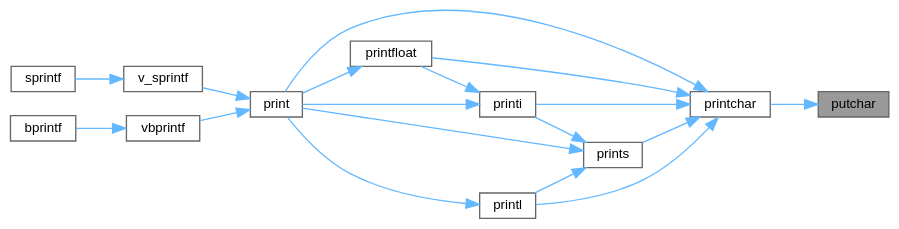
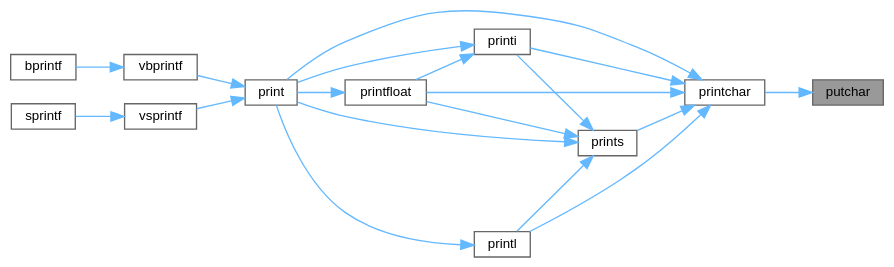
One commit to ebs-universe/piolib-printf changed the diagram in printf_8c_af4de2514b7778805db3815e8dd6cf09a_icgraph.dot. Above: the diagram before and after it, drawn with Graphviz. The commit also changed 131 other files, not shown here.

```diff
--- a/printf_8c_af4de2514b7778805db3815e8dd6cf09a_icgraph.dot
+++ b/printf_8c_af4de2514b7778805db3815e8dd6cf09a_icgraph.dot
@@ -1,37 +1,38 @@
 digraph "putchar"
 {
  // INTERACTIVE_SVG=YES
  // LATEX_PDF_SIZE
   bgcolor="transparent";
   edge [fontname=Helvetica,fontsize=10,labelfontname=Helvetica,labelfontsize=10];
   node [fontname=Helvetica,fontsize=10,shape=box,height=0.2,width=0.4];
   rankdir="RL";
   Node1 [id="Node000001",label="putchar",height=0.2,width=0.4,color="gray40", fillcolor="grey60", style="filled", fontcolor="black",tooltip=" "];
   Node1 -> Node2 [id="edge1_Node000001_Node000002",dir="back",color="steelblue1",style="solid",tooltip=" "];
   Node2 [id="Node000002",label="printchar",height=0.2,width=0.4,color="grey40", fillcolor="white", style="filled",URL="$printf_8c.html#a467a00da8c720b8dddc7088e2805291c",tooltip=" "];
   Node2 -> Node3 [id="edge2_Node000002_Node000003",dir="back",color="steelblue1",style="solid",tooltip=" "];
   Node3 [id="Node000003",label="print",height=0.2,width=0.4,color="grey40", fillcolor="white", style="filled",URL="$printf_8c.html#a5b328a8f32f082a641944307c97f9a34",tooltip=" "];
   Node3 -> Node4 [id="edge3_Node000003_Node000004",dir="back",color="steelblue1",style="solid",tooltip=" "];
-  Node4 [id="Node000004",label="v_sprintf",height=0.2,width=0.4,color="grey40", fillcolor="white", style="filled",URL="$printf_8h.html#a89206cd7a5ee84d4340e223078709043",tooltip=" "];
+  Node4 [id="Node000004",label="vbprintf",height=0.2,width=0.4,color="grey40", fillcolor="white", style="filled",URL="$printf_8h.html#a65fa2c2b1fdeb49ee1d35b47be733d17",tooltip=" "];
   Node4 -> Node5 [id="edge4_Node000004_Node000005",dir="back",color="steelblue1",style="solid",tooltip=" "];
-  Node5 [id="Node000005",label="sprintf",height=0.2,width=0.4,color="grey40", fillcolor="white", style="filled",URL="$printf_8h.html#a014f72d1eb635d44f4547d6153c9afd1",tooltip=" "];
+  Node5 [id="Node000005",label="bprintf",height=0.2,width=0.4,color="grey40", fillcolor="white", style="filled",URL="$printf_8h.html#a30e09ab10214b5e9b93f4c765f373649",tooltip=" "];
   Node3 -> Node6 [id="edge5_Node000003_Node000006",dir="back",color="steelblue1",style="solid",tooltip=" "];
-  Node6 [id="Node000006",label="vbprintf",height=0.2,width=0.4,color="grey40", fillcolor="white", style="filled",URL="$printf_8h.html#a65fa2c2b1fdeb49ee1d35b47be733d17",tooltip=" "];
+  Node6 [id="Node000006",label="vsprintf",height=0.2,width=0.4,color="grey40", fillcolor="white", style="filled",URL="$printf_8h.html#a984687e0cb1dfa69b33161177d270337",tooltip=" "];
   Node6 -> Node7 [id="edge6_Node000006_Node000007",dir="back",color="steelblue1",style="solid",tooltip=" "];
-  Node7 [id="Node000007",label="bprintf",height=0.2,width=0.4,color="grey40", fillcolor="white", style="filled",URL="$printf_8h.html#a30e09ab10214b5e9b93f4c765f373649",tooltip=" "];
+  Node7 [id="Node000007",label="sprintf",height=0.2,width=0.4,color="grey40", fillcolor="white", style="filled",URL="$printf_8h.html#a014f72d1eb635d44f4547d6153c9afd1",tooltip=" "];
   Node2 -> Node8 [id="edge7_Node000002_Node000008",dir="back",color="steelblue1",style="solid",tooltip=" "];
   Node8 [id="Node000008",label="printfloat",height=0.2,width=0.4,color="grey40", fillcolor="white", style="filled",URL="$printf_8c.html#a2c37f08c54b3dc54d13030c62cba67a7",tooltip=" "];
   Node8 -> Node3 [id="edge8_Node000008_Node000003",dir="back",color="steelblue1",style="solid",tooltip=" "];
   Node2 -> Node9 [id="edge9_Node000002_Node000009",dir="back",color="steelblue1",style="solid",tooltip=" "];
   Node9 [id="Node000009",label="printi",height=0.2,width=0.4,color="grey40", fillcolor="white", style="filled",URL="$printf_8c.html#ad9c642f8af1fe47d03e648b146da3b8d",tooltip=" "];
   Node9 -> Node3 [id="edge10_Node000009_Node000003",dir="back",color="steelblue1",style="solid",tooltip=" "];
   Node9 -> Node8 [id="edge11_Node000009_Node000008",dir="back",color="steelblue1",style="solid",tooltip=" "];
   Node2 -> Node10 [id="edge12_Node000002_Node000010",dir="back",color="steelblue1",style="solid",tooltip=" "];
   Node10 [id="Node000010",label="printl",height=0.2,width=0.4,color="grey40", fillcolor="white", style="filled",URL="$printf_8c.html#a700fcb0af9d5d9311fe8a86380747db7",tooltip=" "];
   Node10 -> Node3 [id="edge13_Node000010_Node000003",dir="back",color="steelblue1",style="solid",tooltip=" "];
   Node2 -> Node11 [id="edge14_Node000002_Node000011",dir="back",color="steelblue1",style="solid",tooltip=" "];
   Node11 [id="Node000011",label="prints",height=0.2,width=0.4,color="grey40", fillcolor="white", style="filled",URL="$printf_8c.html#a6ce76a789a6153b7e1b16bc3a6969563",tooltip=" "];
   Node11 -> Node3 [id="edge15_Node000011_Node000003",dir="back",color="steelblue1",style="solid",tooltip=" "];
-  Node11 -> Node9 [id="edge16_Node000011_Node000009",dir="back",color="steelblue1",style="solid",tooltip=" "];
-  Node11 -> Node10 [id="edge17_Node000011_Node000010",dir="back",color="steelblue1",style="solid",tooltip=" "];
+  Node11 -> Node8 [id="edge16_Node000011_Node000008",dir="back",color="steelblue1",style="solid",tooltip=" "];
+  Node11 -> Node9 [id="edge17_Node000011_Node000009",dir="back",color="steelblue1",style="solid",tooltip=" "];
+  Node11 -> Node10 [id="edge18_Node000011_Node000010",dir="back",color="steelblue1",style="solid",tooltip=" "];
 }
```
